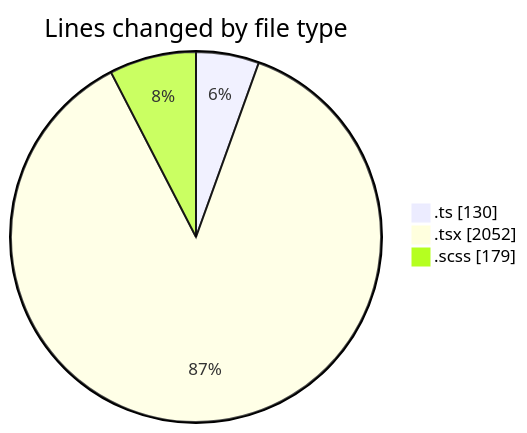
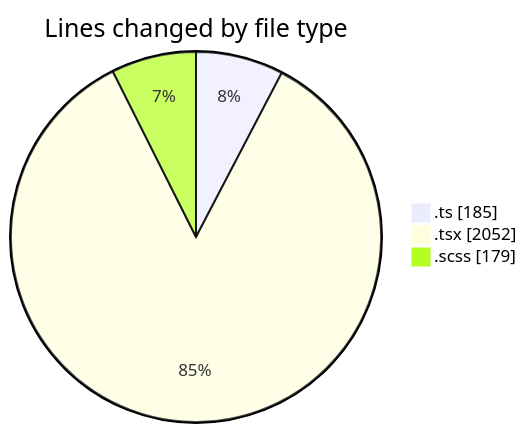
Before and after one commit to momahboobian/code-tracking: the first of 2 diagrams in 2026-11-05/cda/README.md, drawn with Mermaid. The commit also changed other lines of this file and 1 other file, not shown here.

````diff
--- a/2026-11-05/cda/README.md
+++ b/2026-11-05/cda/README.md
@@ -29,7 +31,7 @@
 ```mermaid
 pie showData
 title Lines changed by file type
-".ts" : 130
+".ts" : 185
 ".tsx" : 2052
 ".scss" : 179
 ```
````
